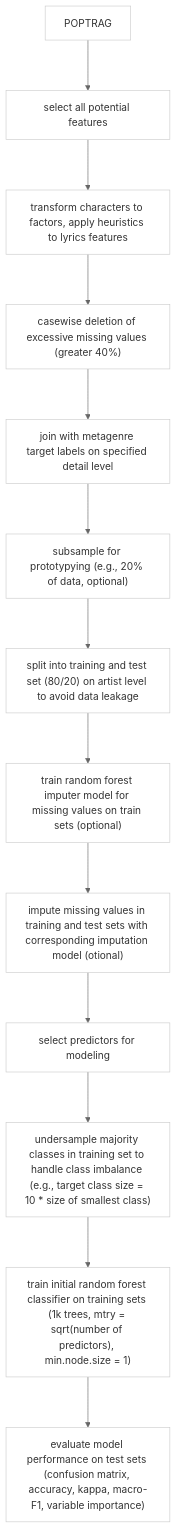
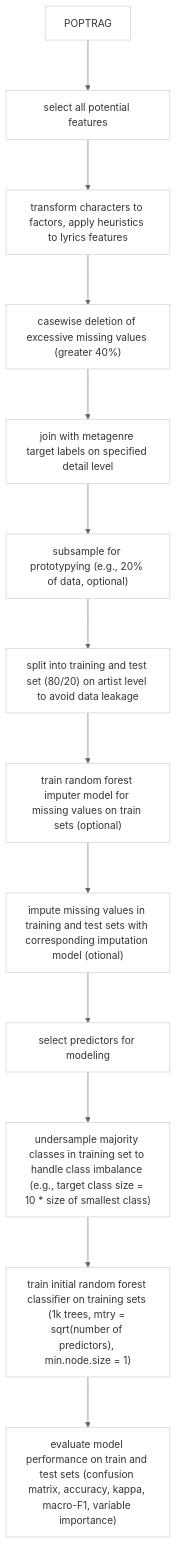
Before and after one commit to markusradke/GenreDiscourseAnalysis: the diagram in inst/05_rf_classifier.qmd, drawn with Mermaid. The commit also changed other lines of this file and 5 other files, not shown here.

````diff
--- a/inst/05_rf_classifier.qmd
+++ b/inst/05_rf_classifier.qmd
@@ -42,34 +42,34 @@
 ```{mermaid}
 %%{init: {
   'flowchart': {
     'nodeSpacing': 50, 
     'rankSpacing': 80,
     'useMaxWidth': true,
     'htmlLabels': false,
     'curve': 'basis'
   }, 
   'theme': 'base',
   'themeVariables': {
     'fontSize': '16px',
     'fontFamily': 'Arial, sans-serif',
     'primaryColor': '#ffffff',
     'primaryTextColor': '#333333',
     'primaryBorderColor': '#cccccc', 
     'lineColor': '#666666',
     'textColor': '#333333'
   }
 }}%%
 graph TD
   A["POPTRAG"] --> B["select all potential features"]
   B --> C["transform characters to factors, apply heuristics to lyrics features"]
   C --> D["casewise deletion of excessive missing values (greater 40%)"]
   D --> E["join with metagenre target labels on specified detail level"]
   E --> F["subsample for prototypying (e.g., 20% of data, optional)"]
   F --> G["split into training and test set (80/20) on artist level to avoid data leakage"]
   G --> H["train random forest imputer model for missing values on train sets (optional)"]
   H --> I["impute missing values in training and test sets with corresponding imputation model (otional)"]
   I --> J["select predictors for modeling"]
   J --> K["undersample majority classes in training set to handle class imbalance (e.g., target class size = 10 * size of smallest class)"]
   K --> L["train initial random forest classifier on training sets (1k trees, mtry = sqrt(number of predictors), min.node.size = 1)"]
-  L --> M["evaluate model performance on test sets (confusion matrix, accuracy, kappa, macro-F1, variable importance)"]
+  L --> M["evaluate model performance on train and test sets (confusion matrix, accuracy, kappa, macro-F1, variable importance)"]
 ```
````
